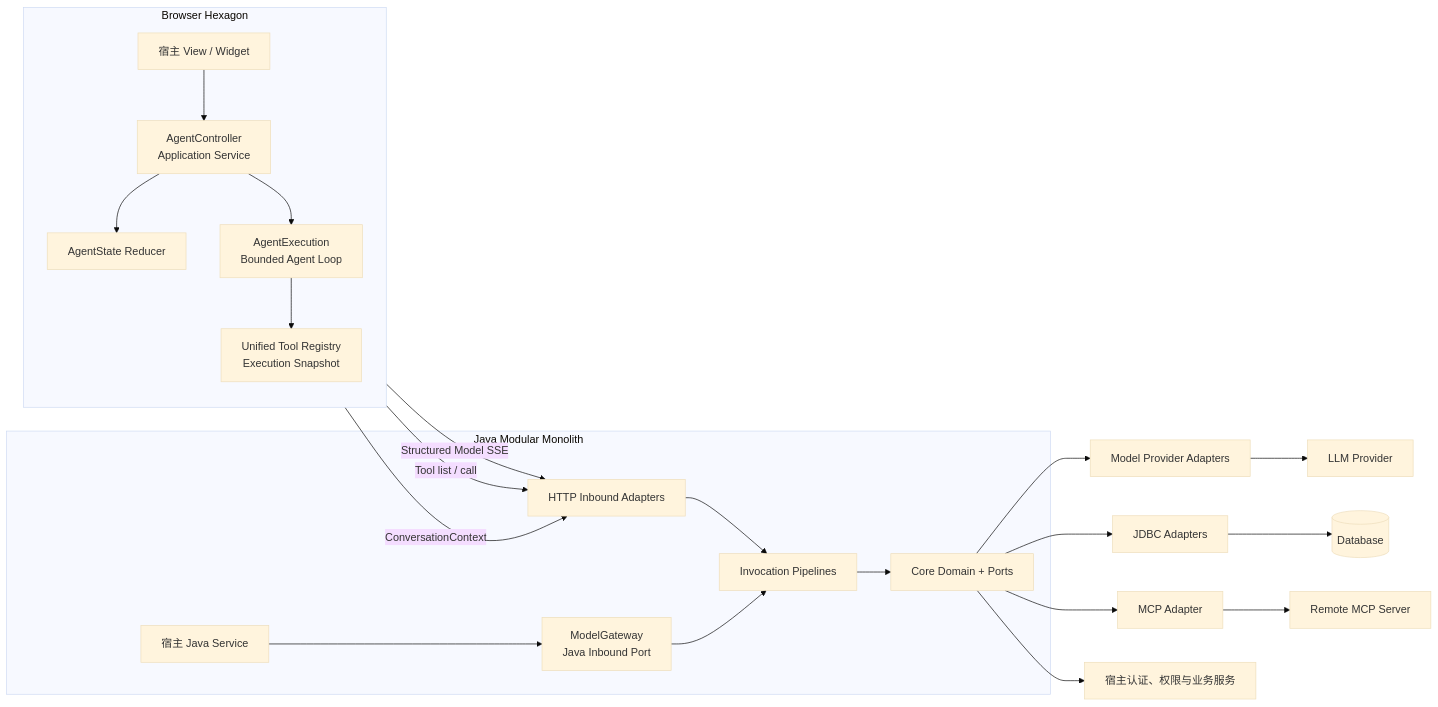
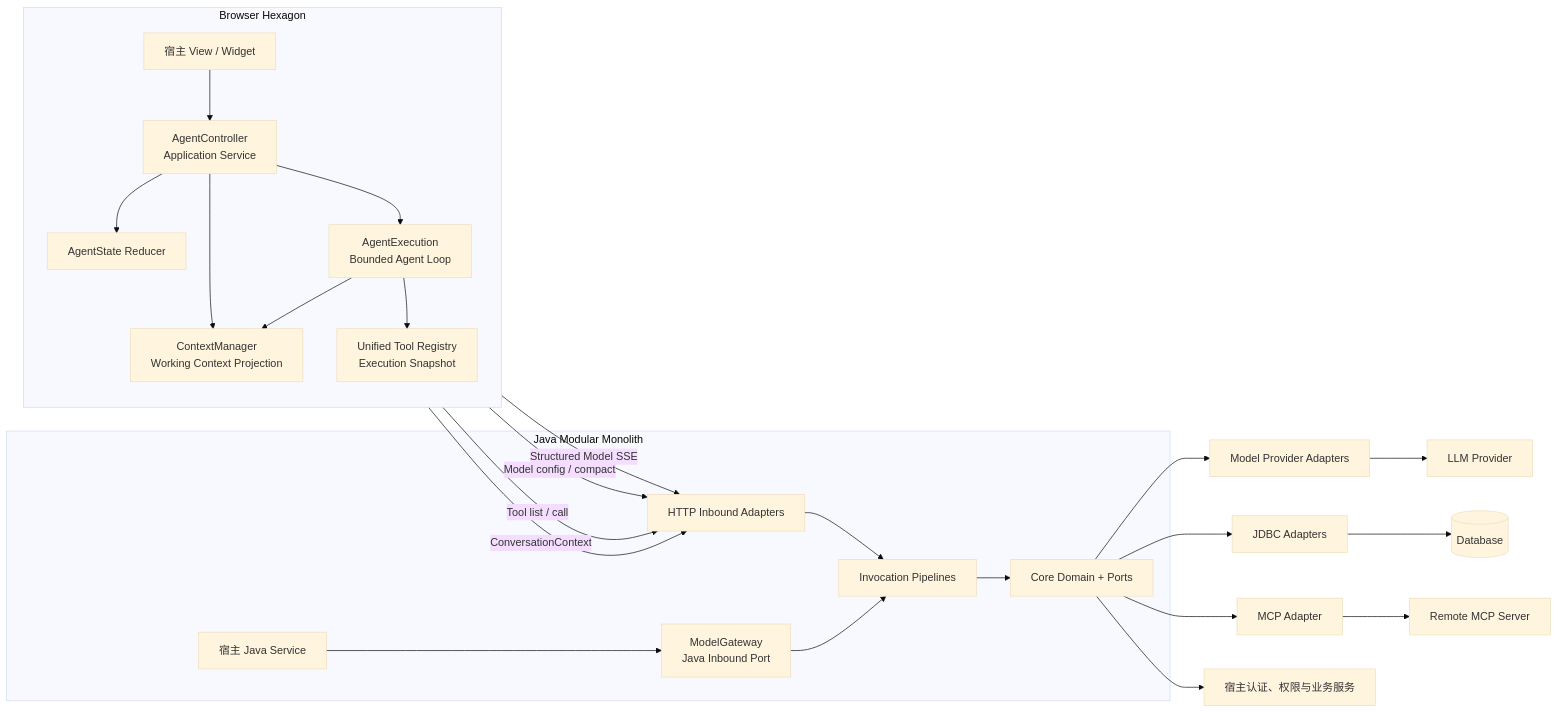
The first of 2 diagrams in docs/architecture/overview.md (HanHan666666/patchbridge-agent), drawn with Mermaid (base theme) before and after one commit. The commit also changed other lines of this file and 98 other files, not shown here.

````diff
--- a/docs/architecture/overview.md
+++ b/docs/architecture/overview.md
@@ -60,38 +60,42 @@
 ```mermaid
 flowchart LR
     subgraph Browser[Browser Hexagon]
         View[宿主 View / Widget]
         Controller[AgentController\nApplication Service]
         State[AgentState Reducer]
         Execution[AgentExecution\nBounded Agent Loop]
+        ContextManager[ContextManager\nWorking Context Projection]
         ToolRegistry[Unified Tool Registry\nExecution Snapshot]
         View --> Controller
         Controller --> State
         Controller --> Execution
+        Controller --> ContextManager
+        Execution --> ContextManager
         Execution --> ToolRegistry
     end
 
     subgraph Server[Java Modular Monolith]
         HTTP[HTTP Inbound Adapters]
         JavaService[宿主 Java Service]
         Gateway[ModelGateway\nJava Inbound Port]
         Pipeline[Invocation Pipelines]
         Core[Core Domain + Ports]
         HTTP --> Pipeline
         JavaService --> Gateway
         Gateway --> Pipeline
         Pipeline --> Core
     end
 
     Browser -->|Structured Model SSE| HTTP
+    Browser -->|Model config / compact| HTTP
     Browser -->|Tool list / call| HTTP
     Browser -->|ConversationContext| HTTP
 
     Core --> ModelAdapter[Model Provider Adapters]
     Core --> JdbcAdapter[JDBC Adapters]
     Core --> McpAdapter[MCP Adapter]
     Core --> Host[宿主认证、权限与业务服务]
     ModelAdapter --> LLM[LLM Provider]
     McpAdapter --> RemoteMcp[Remote MCP Server]
     JdbcAdapter --> DB[(Database)]
 ```
````
